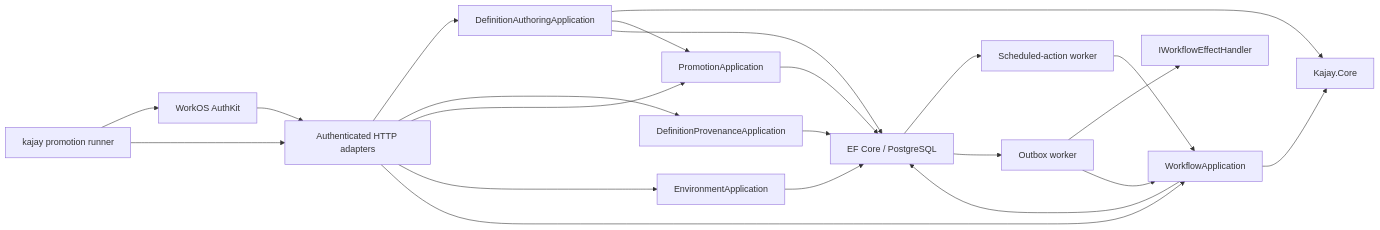
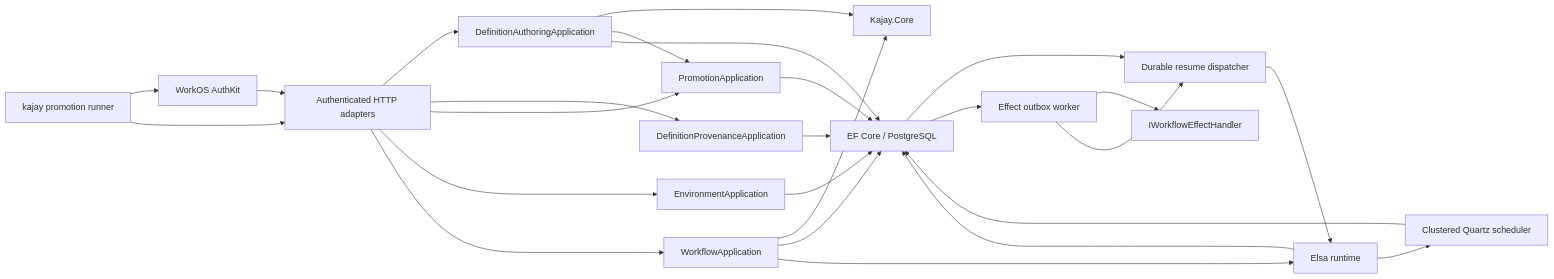
One commit to Contrct-Owner/kajay changed the diagram in docs/workflow-host.md. Above: the diagram before and after it, drawn with Mermaid. The commit also changed other lines of this file and 49 other files, not shown here.

````diff
--- a/docs/workflow-host.md
+++ b/docs/workflow-host.md
@@ -90,24 +90,28 @@
 ```mermaid
 flowchart LR
     AuthKit["WorkOS AuthKit"] --> HTTP["Authenticated HTTP adapters"]
     CLI["kajay promotion runner"] --> AuthKit
     CLI --> HTTP
     HTTP --> Authoring["DefinitionAuthoringApplication"]
     HTTP --> Provenance["DefinitionProvenanceApplication"]
     HTTP --> Promotion["PromotionApplication"]
     HTTP --> Environment["EnvironmentApplication"]
     HTTP --> Workflow["WorkflowApplication"]
     Authoring --> SDK["Kajay.Core"]
     Authoring --> Promotion
     Authoring --> Store["EF Core / PostgreSQL"]
     Provenance --> Store
     Promotion --> Store
     Environment --> Store
     Workflow --> SDK
     Workflow --> Store
-    Store --> Timer["Scheduled-action worker"]
-    Store --> Outbox["Outbox worker"]
-    Timer --> Workflow
+    Workflow --> Elsa["Elsa runtime"]
+    Elsa --> Quartz["Clustered Quartz scheduler"]
+    Quartz --> Store
+    Elsa --> Store
+    Store --> Resume["Durable resume dispatcher"]
+    Resume --> Elsa
+    Store --> Outbox["Effect outbox worker"]
     Outbox --> Effect["IWorkflowEffectHandler"]
-    Outbox --> Workflow
+    Outbox --> Resume
 ```
````
